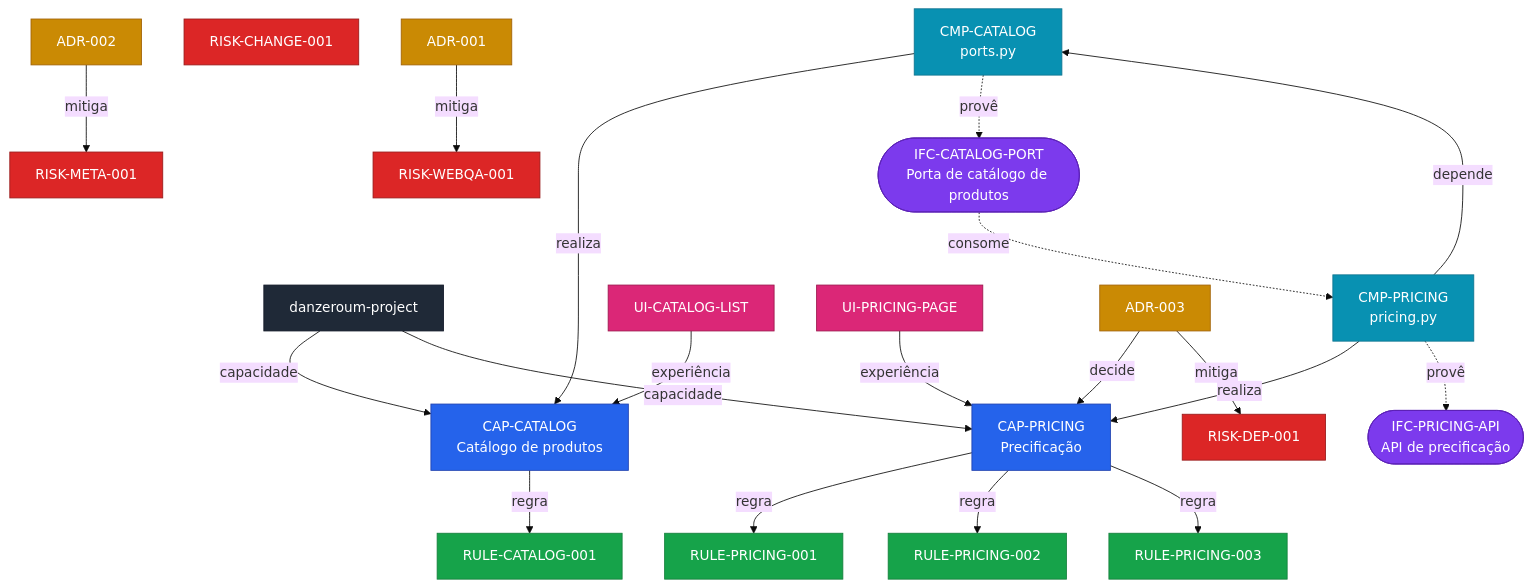
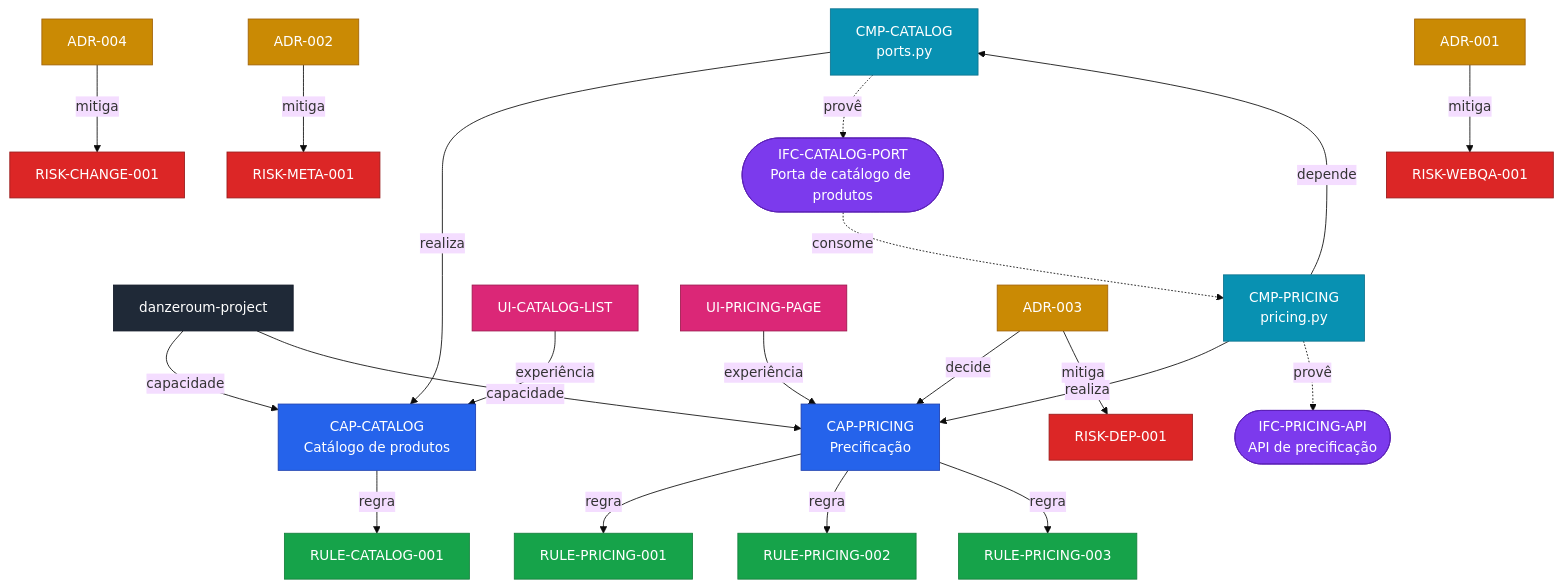
Before and after one commit to danzeroum/project: the diagram in docs/metadata-graph.md, drawn with Mermaid (base theme). The commit also changed 3 other files, not shown here.

First line of the commit message:
Add ADR-004 closing the RISK-CHANGE-001 edge

````diff
--- a/docs/metadata-graph.md
+++ b/docs/metadata-graph.md
@@ -10,57 +10,59 @@
 ```mermaid
 graph TD
   PROJ_danzeroum_project["danzeroum-project"]
   CAP_CATALOG["CAP-CATALOG<br/>Catálogo de produtos"]
   PROJ_danzeroum_project -->|capacidade| CAP_CATALOG
   CAP_PRICING["CAP-PRICING<br/>Precificação"]
   PROJ_danzeroum_project -->|capacidade| CAP_PRICING
   CMP_CATALOG["CMP-CATALOG<br/>ports.py"]
   CMP_CATALOG -->|realiza| CAP_CATALOG
   CMP_PRICING["CMP-PRICING<br/>pricing.py"]
   CMP_PRICING -->|realiza| CAP_PRICING
   CMP_PRICING -->|depende| CMP_CATALOG
   IFC_CATALOG_PORT(["IFC-CATALOG-PORT<br/>Porta de catálogo de produtos"])
   CMP_CATALOG -.->|provê| IFC_CATALOG_PORT
   IFC_CATALOG_PORT -.->|consome| CMP_PRICING
   IFC_PRICING_API(["IFC-PRICING-API<br/>API de precificação"])
   CMP_PRICING -.->|provê| IFC_PRICING_API
   RULE_CATALOG_001["RULE-CATALOG-001"]
   CAP_CATALOG -->|regra| RULE_CATALOG_001
   RULE_PRICING_001["RULE-PRICING-001"]
   CAP_PRICING -->|regra| RULE_PRICING_001
   RULE_PRICING_002["RULE-PRICING-002"]
   CAP_PRICING -->|regra| RULE_PRICING_002
   RULE_PRICING_003["RULE-PRICING-003"]
   CAP_PRICING -->|regra| RULE_PRICING_003
   UI_CATALOG_LIST["UI-CATALOG-LIST"]
   UI_CATALOG_LIST -->|experiência| CAP_CATALOG
   UI_PRICING_PAGE["UI-PRICING-PAGE"]
   UI_PRICING_PAGE -->|experiência| CAP_PRICING
   RISK_CHANGE_001["RISK-CHANGE-001"]
   RISK_DEP_001["RISK-DEP-001"]
   RISK_META_001["RISK-META-001"]
   RISK_WEBQA_001["RISK-WEBQA-001"]
   ADR_001["ADR-001"]
   ADR_001 -->|mitiga| RISK_WEBQA_001
   ADR_002["ADR-002"]
   ADR_002 -->|mitiga| RISK_META_001
   ADR_003["ADR-003"]
   ADR_003 -->|decide| CAP_PRICING
   ADR_003 -->|mitiga| RISK_DEP_001
+  ADR_004["ADR-004"]
+  ADR_004 -->|mitiga| RISK_CHANGE_001
   classDef project fill:#1f2937,stroke:#111827,color:#fff;
   class PROJ_danzeroum_project project;
   classDef cap fill:#2563eb,stroke:#1e40af,color:#fff;
   class CAP_CATALOG,CAP_PRICING cap;
   classDef cmp fill:#0891b2,stroke:#0e7490,color:#fff;
   class CMP_CATALOG,CMP_PRICING cmp;
   classDef ifc fill:#7c3aed,stroke:#5b21b6,color:#fff;
   class IFC_CATALOG_PORT,IFC_PRICING_API ifc;
   classDef rule fill:#16a34a,stroke:#15803d,color:#fff;
   class RULE_CATALOG_001,RULE_PRICING_001,RULE_PRICING_002,RULE_PRICING_003 rule;
   classDef ui fill:#db2777,stroke:#9d174d,color:#fff;
   class UI_CATALOG_LIST,UI_PRICING_PAGE ui;
   classDef adr fill:#ca8a04,stroke:#a16207,color:#fff;
-  class ADR_001,ADR_002,ADR_003 adr;
+  class ADR_001,ADR_002,ADR_003,ADR_004 adr;
   classDef risk fill:#dc2626,stroke:#991b1b,color:#fff;
   class RISK_CHANGE_001,RISK_DEP_001,RISK_META_001,RISK_WEBQA_001 risk;
 ```
````
